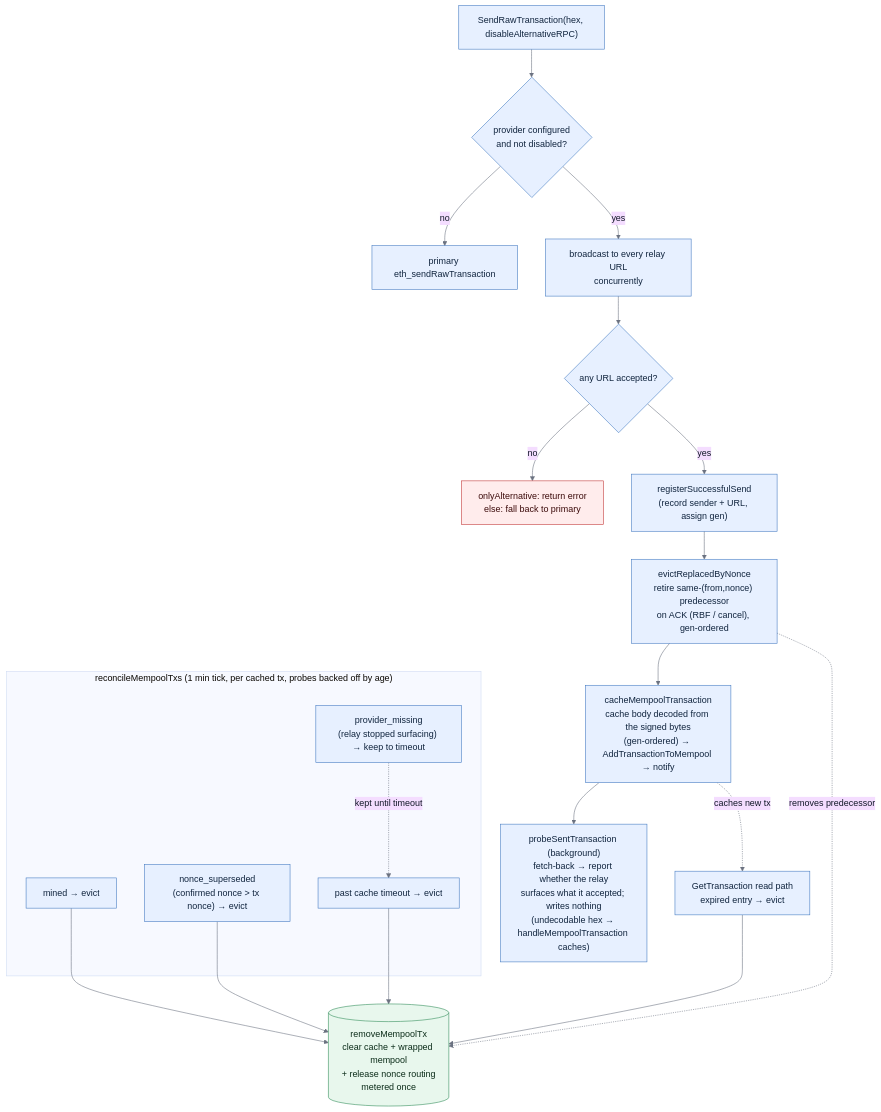
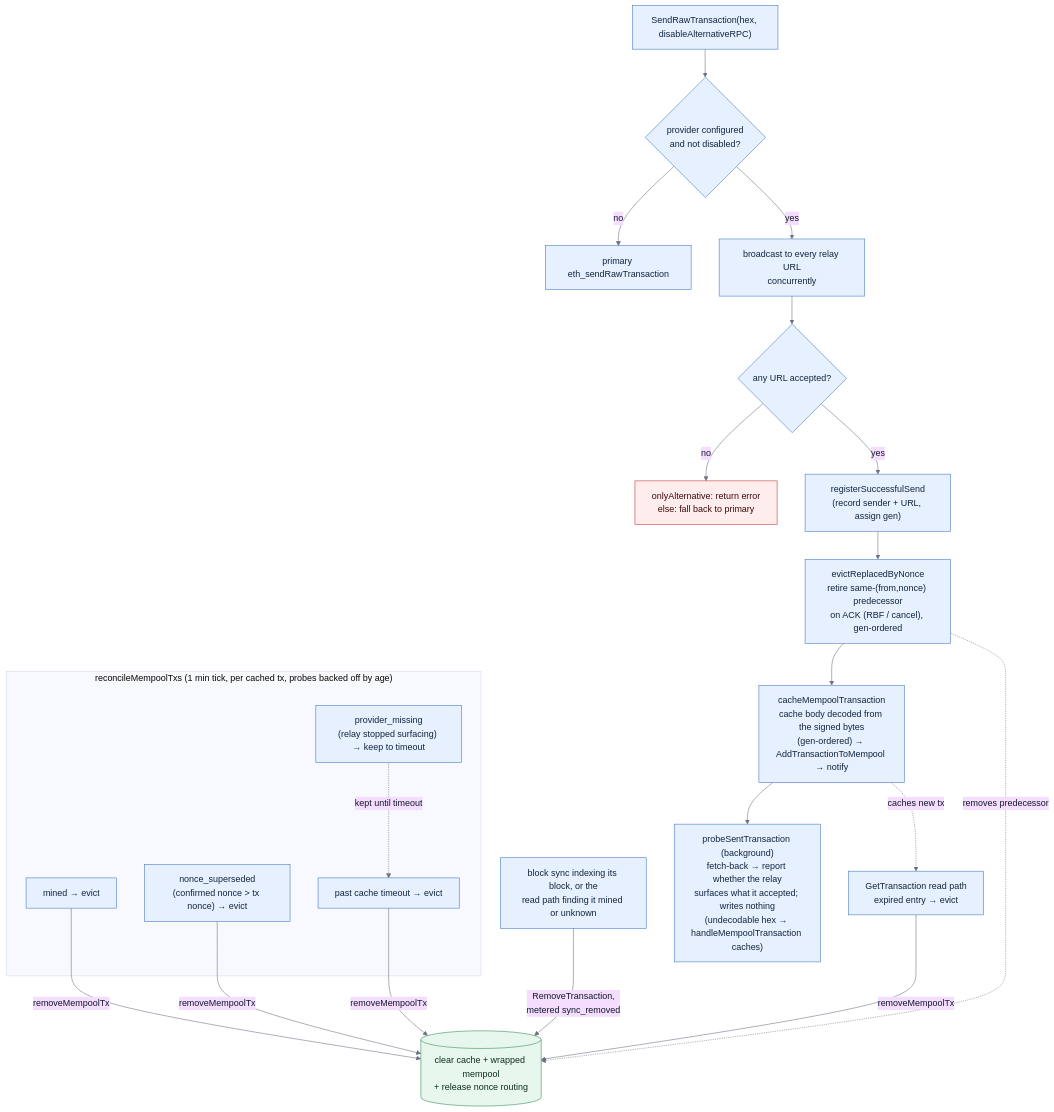
The diagram in docs/evm-send.md (trezor/blockbook), drawn with Mermaid before and after one commit. The commit also changed other lines of this file and 2 other files, not shown here.

````diff
--- a/docs/evm-send.md
+++ b/docs/evm-send.md
@@ -18,44 +19,46 @@
 ```mermaid
 %%{init: {"theme": "base", "themeVariables": {"lineColor": "#6b7280", "primaryTextColor": "#111827"}}}%%
 flowchart TD
     send["SendRawTransaction(hex, disableAlternativeRPC)"]
     route{"provider configured<br/>and not disabled?"}
     primary["primary eth_sendRawTransaction"]
     relay["broadcast to every relay URL<br/>concurrently"]
     acc{"any URL accepted?"}
     reject["onlyAlternative: return error<br/>else: fall back to primary"]
     reg["registerSuccessfulSend<br/>(record sender + URL, assign gen)"]
     evict["evictReplacedByNonce<br/>retire same-(from,nonce) predecessor<br/>on ACK (RBF / cancel), gen-ordered"]
     cache["cacheMempoolTransaction<br/>cache body decoded from the signed bytes<br/>(gen-ordered) → AddTransactionToMempool → notify"]
     handle["probeSentTransaction (background)<br/>fetch-back → report whether the relay<br/>surfaces what it accepted; writes nothing<br/>(undecodable hex → handleMempoolTransaction caches)"]
 
     subgraph rec ["reconcileMempoolTxs (1 min tick, per cached tx, probes backed off by age)"]
         mined["mined → evict"]
         super["nonce_superseded<br/>(confirmed nonce > tx nonce) → evict"]
         miss["provider_missing<br/>(relay stopped surfacing) → keep to timeout"]
         to["past cache timeout → evict"]
     end
 
     readpath["GetTransaction read path<br/>expired entry → evict"]
-    remove[("removeMempoolTx<br/>clear cache + wrapped mempool<br/>+ release nonce routing<br/>metered once")]
+    syncrm["block sync indexing its block, or the<br/>read path finding it mined or unknown"]
+    remove[("clear cache + wrapped mempool<br/>+ release nonce routing")]
 
     send --> route
     route -- "no" --> primary
     route -- "yes" --> relay --> acc
     acc -- "no" --> reject
     acc -- "yes" --> reg --> evict --> cache --> handle
     evict -. removes predecessor .-> remove
     cache -. caches new tx .-> readpath
-    mined --> remove
-    super --> remove
+    mined -- "removeMempoolTx" --> remove
+    super -- "removeMempoolTx" --> remove
     miss -. "kept until timeout" .-> to
-    to --> remove
-    readpath --> remove
+    to -- "removeMempoolTx" --> remove
+    readpath -- "removeMempoolTx" --> remove
+    syncrm -- "RemoveTransaction,<br/>metered sync_removed" --> remove
 
     classDef normal fill:#e7f0ff,stroke:#4078c0,color:#10243e;
     classDef store fill:#e8f7ed,stroke:#2e8b57,color:#0b2c19;
     classDef error fill:#ffecec,stroke:#c03535,color:#3b0a0a;
-    class send,route,relay,acc,reg,evict,cache,handle,mined,super,miss,to,readpath,primary normal;
+    class send,route,relay,acc,reg,evict,cache,handle,mined,super,miss,to,readpath,syncrm,primary normal;
     class remove store;
     class reject error;
 ```
````
